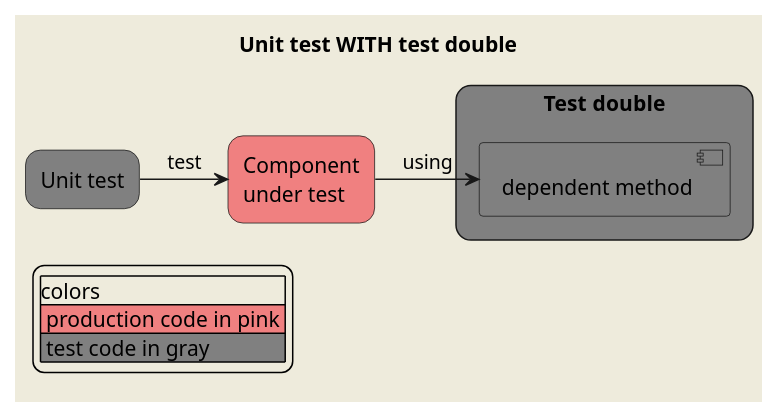
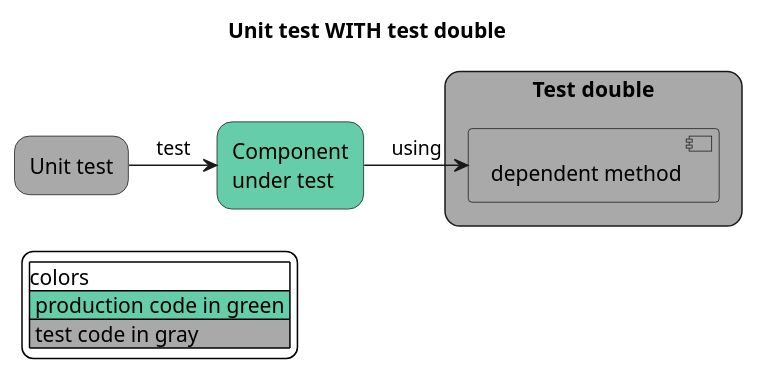
One commit to JulienRobberechts/nodejs-test-double-guide changed the diagram in readme-resources/test-double-after.puml. Above: the diagram before and after it, drawn with PlantUML. The commit also changed 7 other files, not shown here.

Commit message:
:pencil: diagrams colors

```diff
--- a/readme-resources/test-double-after.puml
+++ b/readme-resources/test-double-after.puml
@@ -2,29 +2,29 @@
 @startuml
-skinparam backgroundColor #EEEBDC
+skinparam backgroundColor White
 
 title
   Unit test WITH test double
 end title
 
 skinparam rectangle {
     roundCorner 20
 }
 
-rectangle "Unit test" as UnitTest #gray
+rectangle "Unit test" as UnitTest #DarkGrey
 
-rectangle "Component\nunder test" as cut #LightCoral
+rectangle "Component\nunder test" as cut #MediumAquaMarine
 
-rectangle "Test double" as TestDoubleDependency #gray {
-  component "dependent method" as TestDoubleDependencyMethod #gray
+rectangle "Test double" as TestDoubleDependency #DarkGrey {
+  component "dependent method" as TestDoubleDependencyMethod #DarkGrey
 }
 
 UnitTest -> cut: test
 cut -> TestDoubleDependencyMethod: using
 
 legend left
 |colors|
-|<#LightCoral> production code in pink |
-|<#gray> test code in gray |
+|<#MediumAquaMarine> production code in green |
+|<#DarkGrey> test code in gray |
 endlegend
 
 @enduml
```
